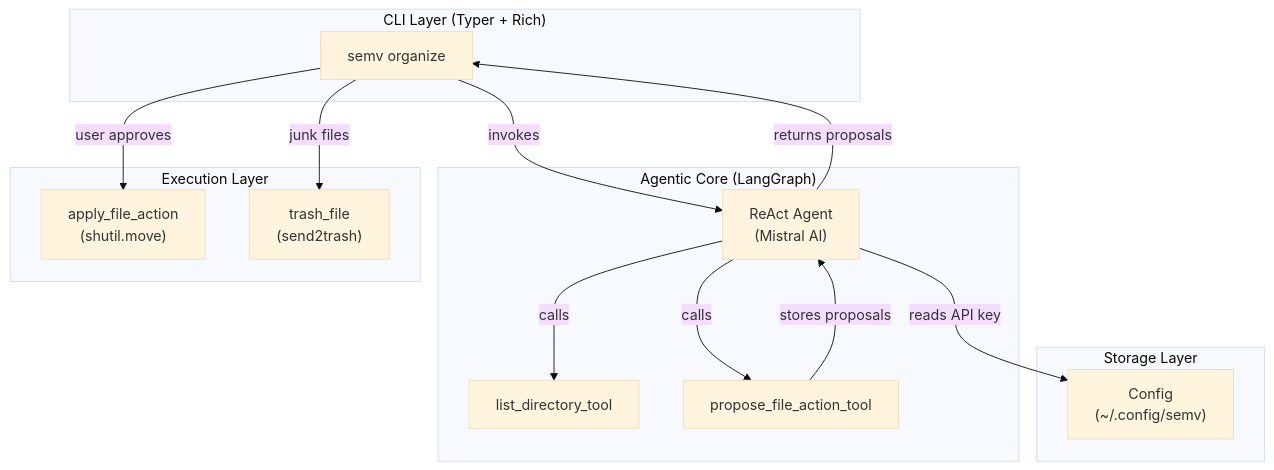
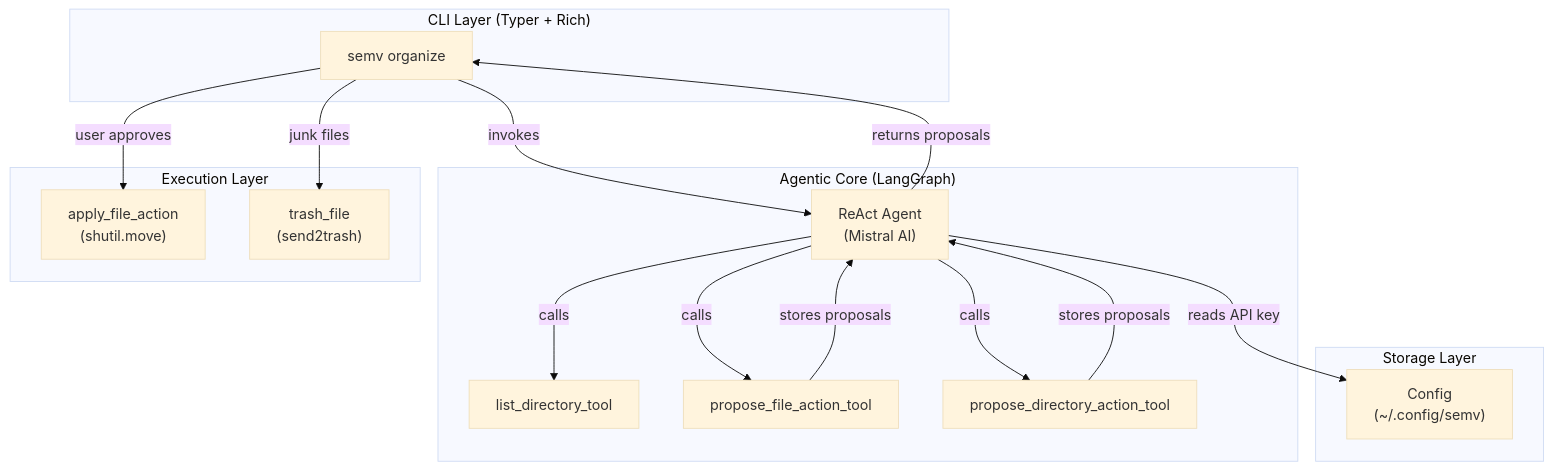
The first of 3 diagrams in README.md (odilonv/semv), drawn with Mermaid (base theme) before and after one commit. The commit also changed other lines of this file and 65 other files, not shown here.

````diff
--- a/README.md
+++ b/README.md
@@ -64,30 +65,33 @@
 ```mermaid
 graph TB
     subgraph CLI ["CLI Layer (Typer + Rich)"]
         A["semv organize <path>"]
     end
 
     subgraph Agent ["Agentic Core (LangGraph)"]
         D["ReAct Agent<br/>(Mistral AI)"]
         E["list_directory_tool"]
         G["propose_file_action_tool"]
+        H["propose_directory_action_tool"]
     end
 
     subgraph Storage ["Storage Layer"]
         I["Config<br/>(~/.config/semv)"]
     end
 
     subgraph Execution ["Execution Layer"]
         J["apply_file_action<br/>(shutil.move)"]
         K["trash_file<br/>(send2trash)"]
     end
 
     A -->|"invokes"| D
     D -->|"calls"| E
     D -->|"calls"| G
+    D -->|"calls"| H
     G -->|"stores proposals"| D
+    H -->|"stores proposals"| D
     D -->|"returns proposals"| A
     A -->|"user approves"| J
     A -->|"junk files"| K
     D -->|"reads API key"| I
 ```
````
